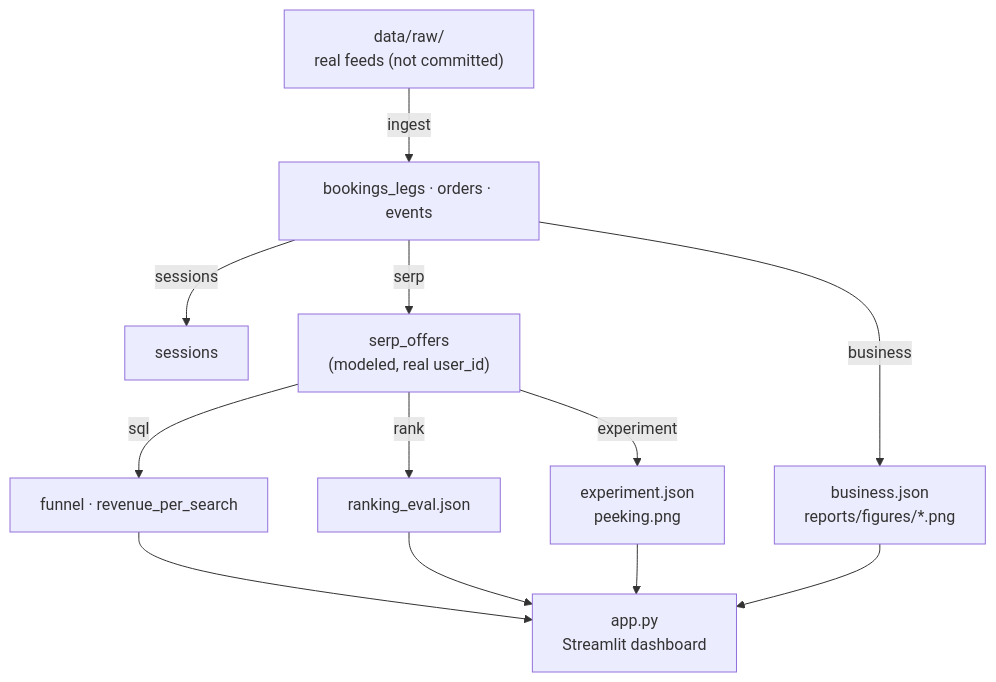
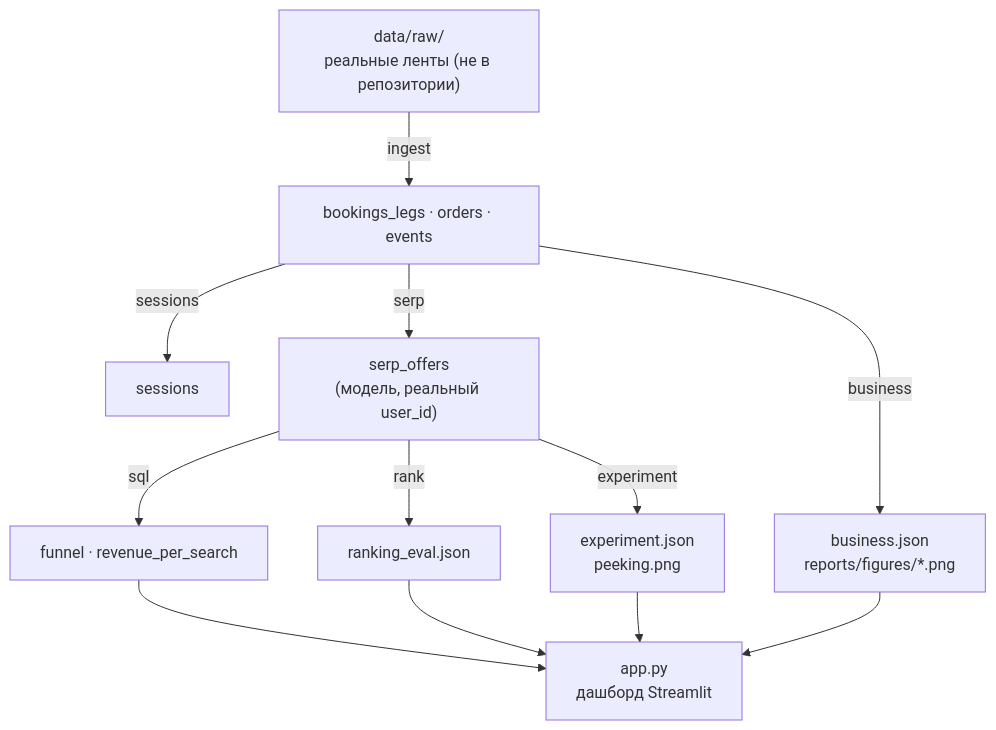
Before and after one commit to NikitaBoyarkin/serp-rank-lab: the diagram in README.md, drawn with Mermaid. The commit also changed other lines of this file and 4 other files, not shown here.

````diff
--- a/README.md
+++ b/README.md
@@ -57,17 +61,17 @@
 ```mermaid
 flowchart TD
-    RAW["data/raw/<br/>real feeds (not committed)"]
+    RAW["data/raw/<br/>реальные ленты (не в репозитории)"]
 
     RAW -->|ingest| FOUND["bookings_legs · orders · events"]
     FOUND -->|sessions| SESS["sessions"]
     FOUND -->|business| BIZ["business.json<br/>reports/figures/*.png"]
-    FOUND -->|serp| OFFERS["serp_offers<br/>(modeled, real user_id)"]
+    FOUND -->|serp| OFFERS["serp_offers<br/>(модель, реальный user_id)"]
     OFFERS -->|sql| VIEWS["funnel · revenue_per_search"]
     OFFERS -->|rank| RANK["ranking_eval.json"]
     OFFERS -->|experiment| EXP["experiment.json<br/>peeking.png"]
 
-    VIEWS --> DASH["app.py<br/>Streamlit dashboard"]
+    VIEWS --> DASH["app.py<br/>дашборд Streamlit"]
     RANK --> DASH
     EXP --> DASH
     BIZ --> DASH
 ```
````
